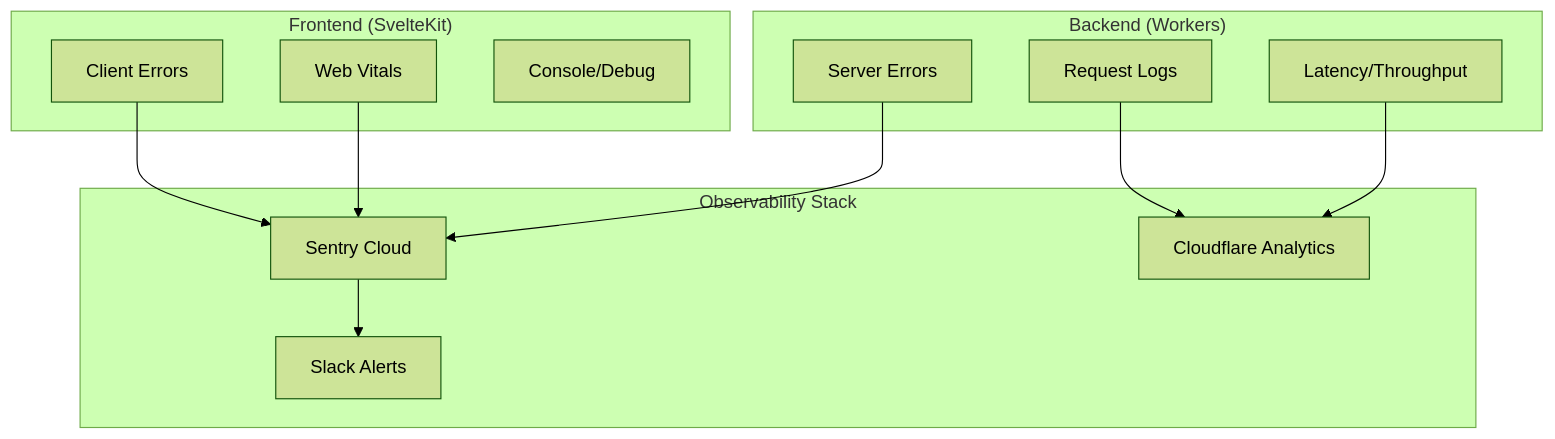
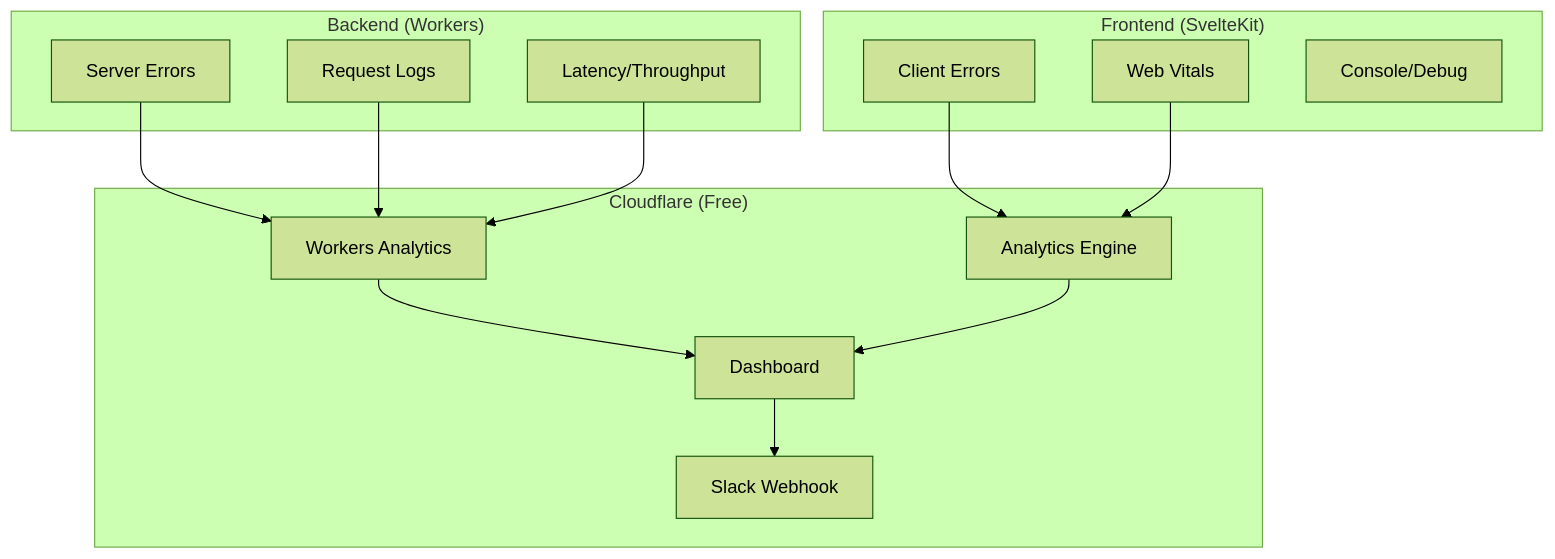
Before and after one commit to brucemckayone/codex: the diagram in design/frontend/OBSERVABILITY_PLAN.md, drawn with Mermaid (forest theme). The commit also changed other lines of this file and 1 other file, not shown here.

Commit message:
docs(observability): switch to cloudflare-native observability plan

````diff
--- a/design/frontend/OBSERVABILITY_PLAN.md
+++ b/design/frontend/OBSERVABILITY_PLAN.md
@@ -27,27 +30,30 @@
 ```mermaid
 graph TB
     subgraph "Frontend (SvelteKit)"
         FE_Errors[Client Errors]
         FE_Perf[Web Vitals]
         FE_Logs[Console/Debug]
     end
 
     subgraph "Backend (Workers)"
         BE_Errors[Server Errors]
         BE_Logs[Request Logs]
         BE_Metrics[Latency/Throughput]
     end
 
-    subgraph "Observability Stack"
-        Sentry[Sentry Cloud]
-        CF_Analytics[Cloudflare Analytics]
-        Slack[Slack Alerts]
+    subgraph "Cloudflare (Free)"
+        CF_Analytics[Workers Analytics]
+        CF_Engine[Analytics Engine]
+        CF_Dash[Dashboard]
+        Slack[Slack Webhook]
     end
 
-    FE_Errors --> Sentry
-    FE_Perf --> Sentry
-    BE_Errors --> Sentry
+    FE_Errors --> CF_Engine
+    FE_Perf --> CF_Engine
+    BE_Errors --> CF_Analytics
     BE_Logs --> CF_Analytics
     BE_Metrics --> CF_Analytics
-    Sentry --> Slack
+    CF_Analytics --> CF_Dash
+    CF_Engine --> CF_Dash
+    CF_Dash --> Slack
 ```
````
